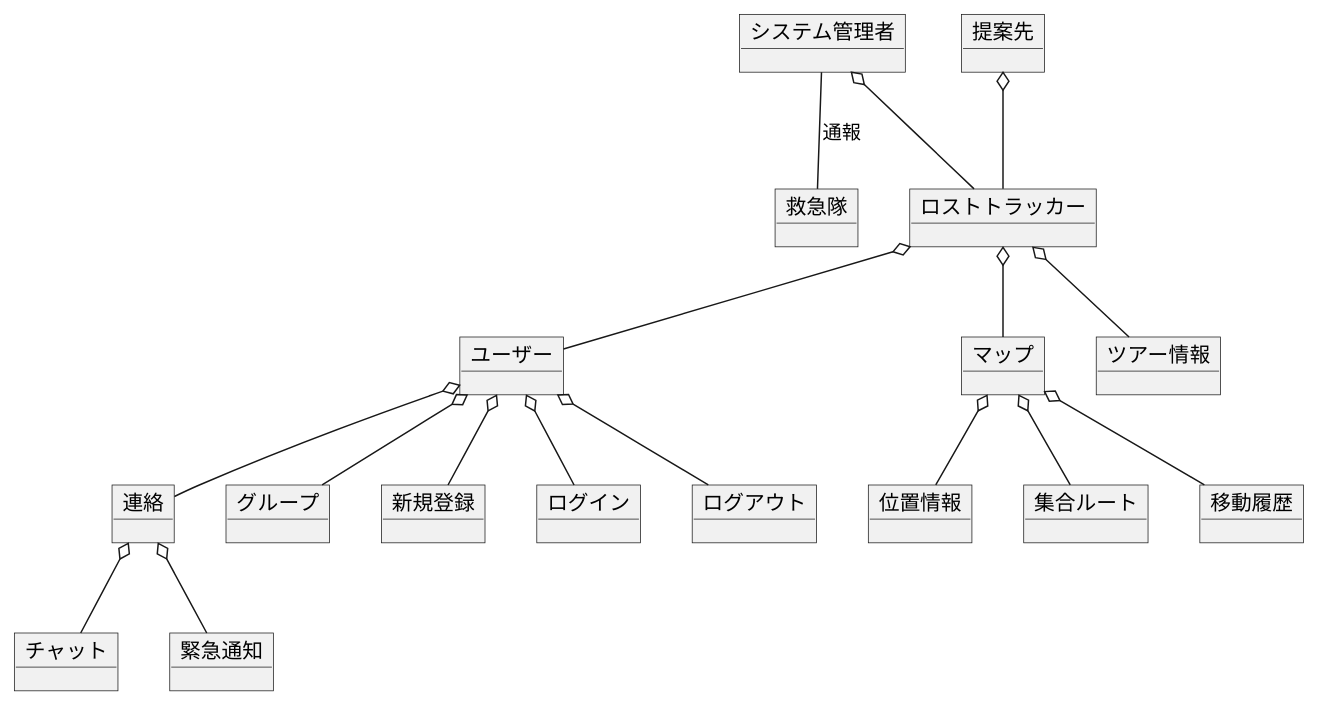
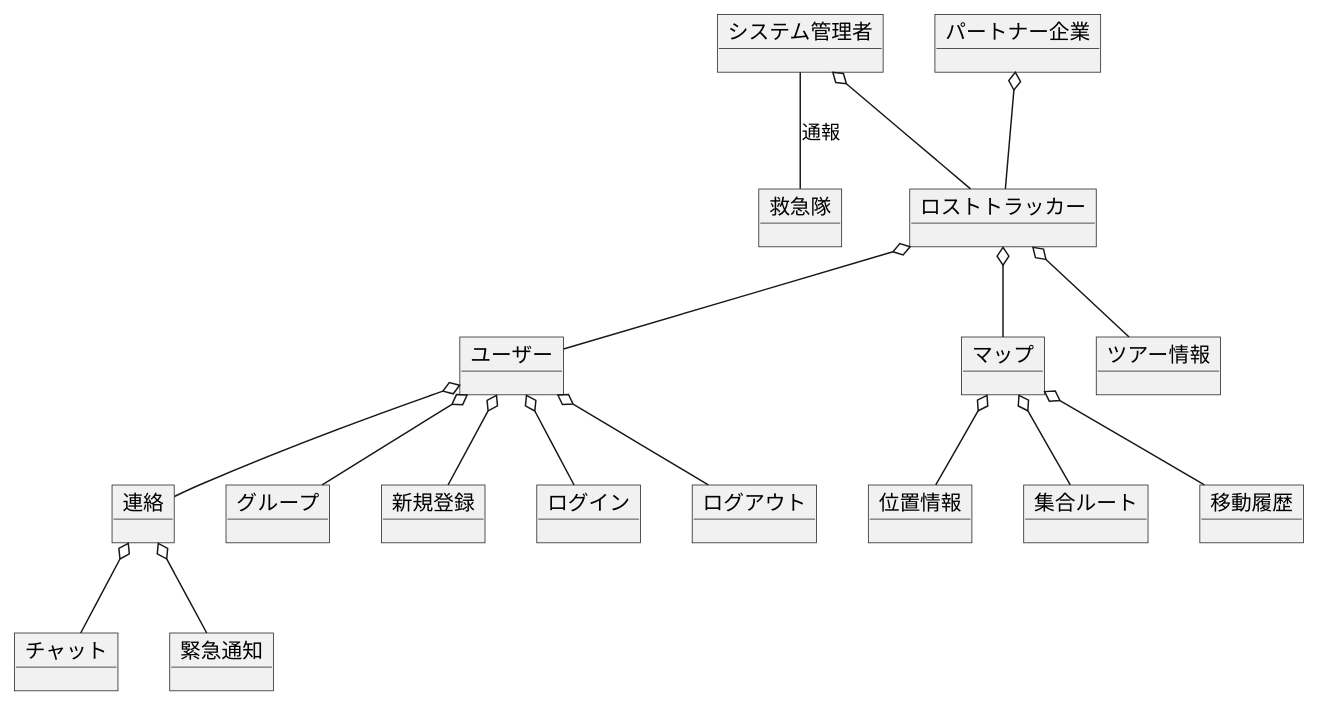
One commit to ksw2270227/GroupF changed the third of 3 diagrams in F_dmainModel.plantuml. Above: the diagram before and after it, drawn with PlantUML. The commit also changed other lines of this file and 4 other files, not shown here.

```diff
--- a/F_dmainModel.plantuml
+++ b/F_dmainModel.plantuml
@@ -97,48 +97,48 @@
 @startuml ドメインモデル３
 
 object 救急隊
 object ロストトラッカー
 object システム管理者
 object ユーザー
-object 提案先
+object パートナー企業
 
 object 位置情報
 object マップ
 
 object ツアー情報
 object 連絡
 object グループ
 object チャット
 object 緊急通知
 
 object 新規登録
 object ログイン
 object ログアウト
 object 集合ルート
 object 移動履歴
 
 
 システム管理者 -- 救急隊 : 通報
-提案先 o-- ロストトラッカー
+パートナー企業 o-- ロストトラッカー
 システム管理者 o-- ロストトラッカー
 ロストトラッカー o-- ユーザー
 
 ユーザー o-- 連絡
 連絡 o-- チャット
 連絡 o-- 緊急通知
 
 ユーザー o-- 新規登録
 ユーザー o-- ログイン
 ユーザー o-- ログアウト
 
 ユーザー o-- グループ
 
 ロストトラッカー o-- マップ
 マップ o-- 集合ルート
 マップ o-- 位置情報
 マップ o-- 移動履歴
 
 
 ロストトラッカー o-- ツアー情報
 
 @enduml
```
